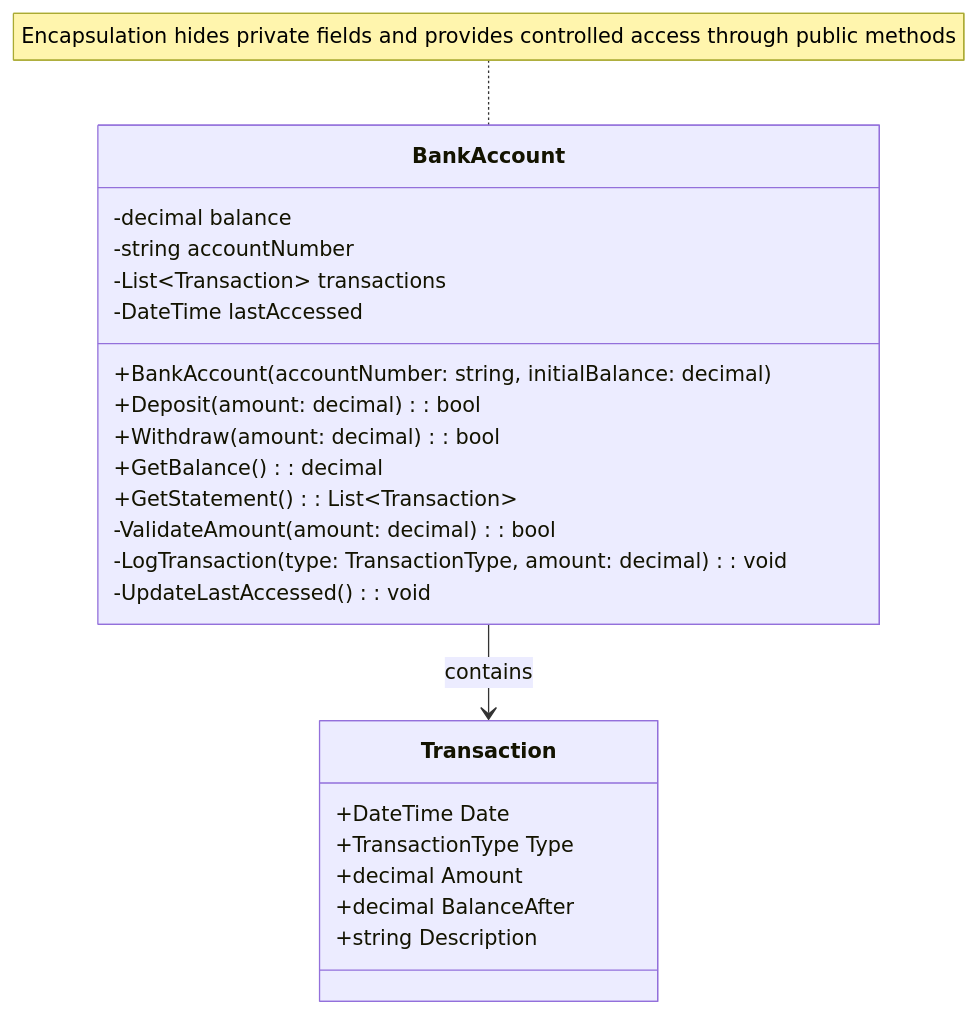
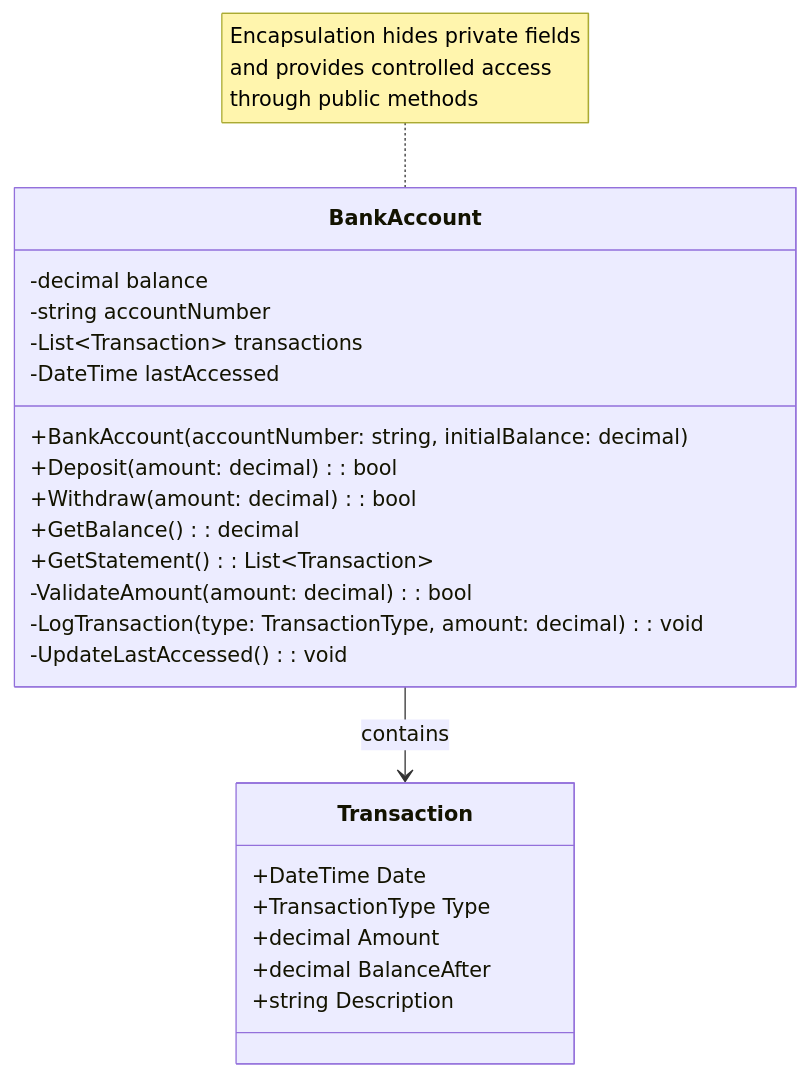
The diagram in docs/03-oop-principles/01-encapsulation.md (danangsw/csharp-solid-principles), drawn with Mermaid before and after one commit. The commit also changed 4 other files, not shown here.

````diff
--- a/docs/03-oop-principles/01-encapsulation.md
+++ b/docs/03-oop-principles/01-encapsulation.md
@@ -21,31 +21,31 @@
 ```mermaid
 classDiagram
     class BankAccount {
         -decimal balance
         -string accountNumber
         -List~Transaction~ transactions
         -DateTime lastAccessed
         
         +BankAccount(accountNumber: string, initialBalance: decimal)
         +Deposit(amount: decimal) : bool
         +Withdraw(amount: decimal) : bool
         +GetBalance() : decimal
         +GetStatement() : List~Transaction~
         
         -ValidateAmount(amount: decimal) : bool
         -LogTransaction(type: TransactionType, amount: decimal) : void
         -UpdateLastAccessed() : void
     }
     
     class Transaction {
         +DateTime Date
         +TransactionType Type
         +decimal Amount
         +decimal BalanceAfter
         +string Description
     }
     
     BankAccount --> Transaction : contains
     
-    note for BankAccount "Encapsulation hides private fields and provides controlled access through public methods"
+    note for BankAccount "Encapsulation hides private fields<br/>and provides controlled access<br/>through public methods"
 ```
````
